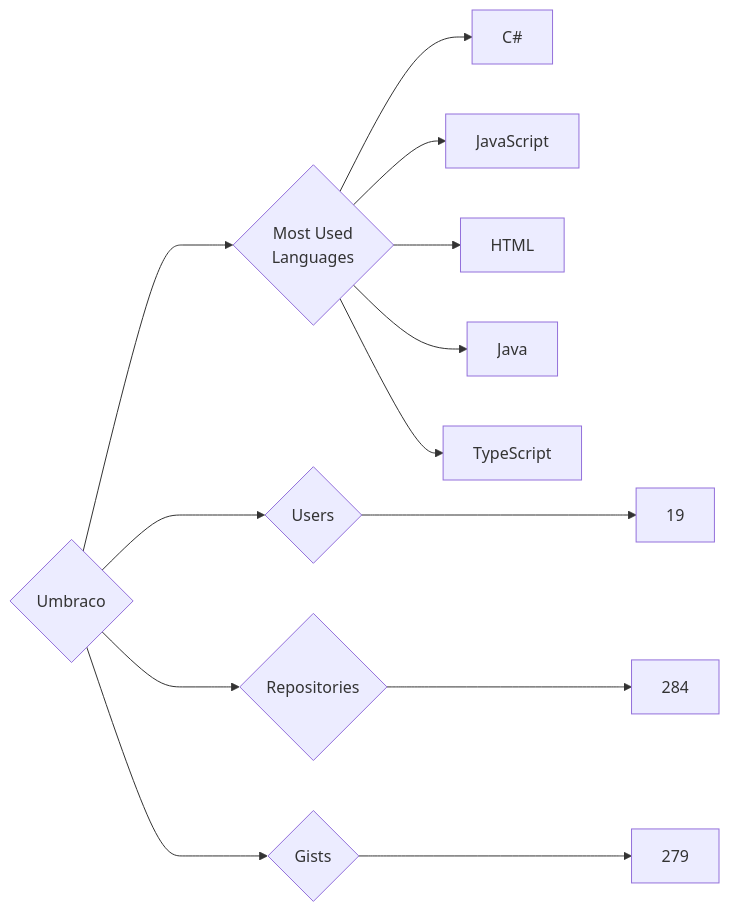
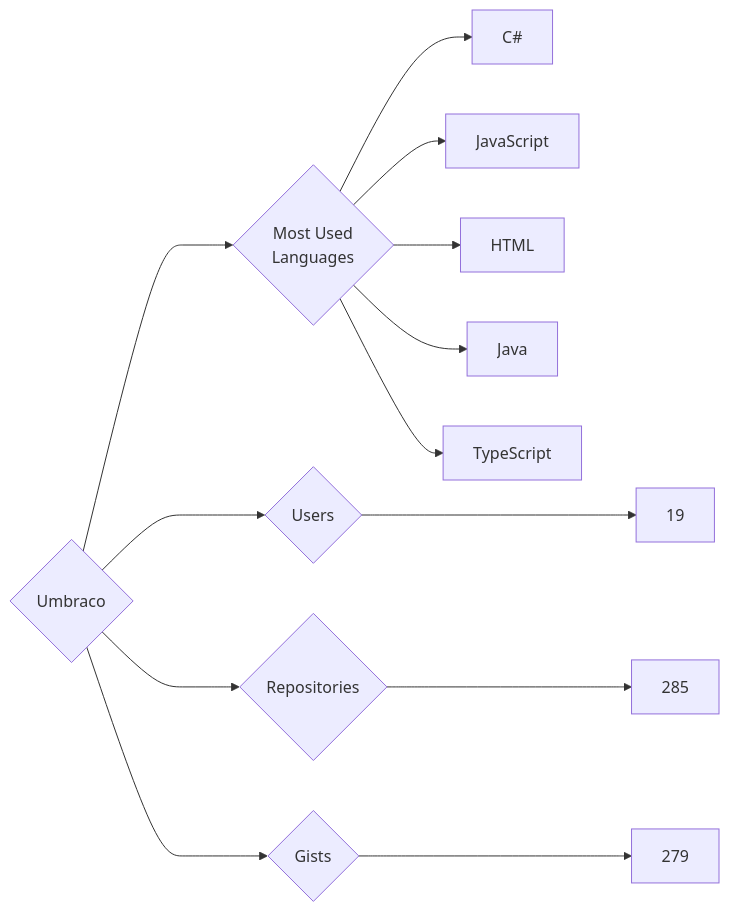
One commit to trickest/insiders changed the diagram in targets/Umbraco/README.md. Above: the diagram before and after it, drawn with Mermaid. The commit also changed 973 other files, not shown here.

````diff
--- a/targets/Umbraco/README.md
+++ b/targets/Umbraco/README.md
@@ -3,13 +3,13 @@
 ```mermaid
 graph LR
 COMPANY_NAME{Umbraco}
 COMPANY_NAME ---> U{Users} ---> UN[19]
-COMPANY_NAME ---> R{Repositories} ---> RN[284]
+COMPANY_NAME ---> R{Repositories} ---> RN[285]
 COMPANY_NAME ---> G{Gists} ---> GN[279]
 COMPANY_NAME ---> ML{Most Used<br>Languages}
 ML --> C#[C#]
 ML --> JavaScript[JavaScript]
 ML --> HTML[HTML]
 ML --> Java[Java]
 ML --> TypeScript[TypeScript]
 ```
````
